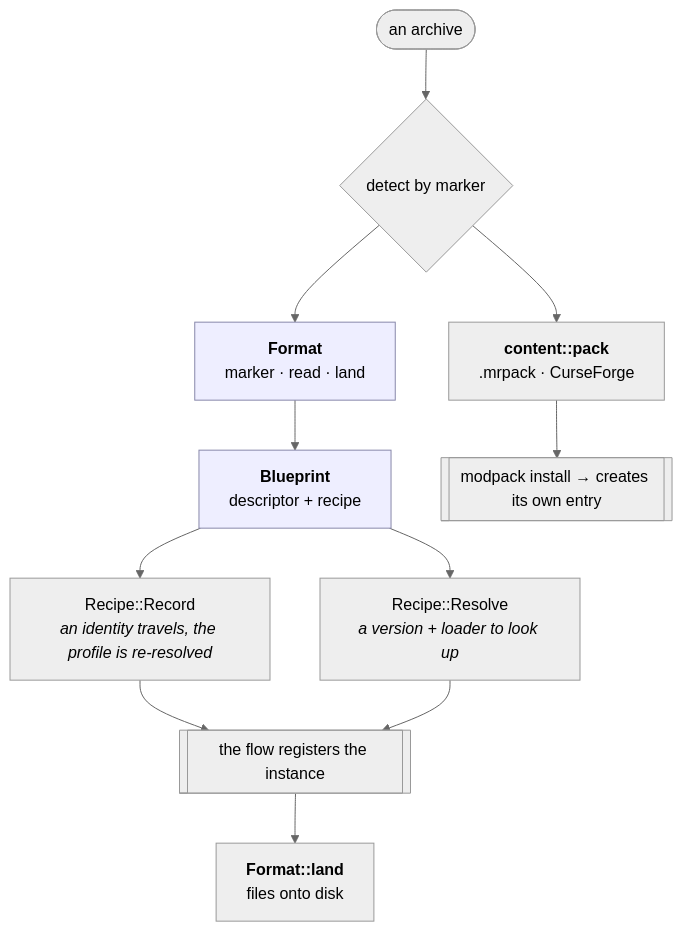
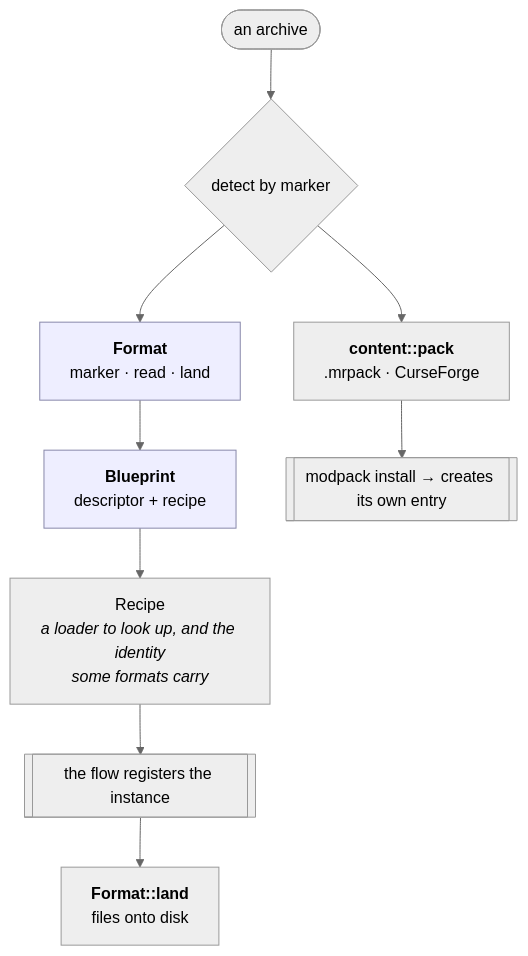
One commit to prytaneum/hestia changed the diagram in docs/architecture/transfer.md. Above: the diagram before and after it, drawn with Mermaid (neutral theme). The commit also changed other lines of this file and 6 other files, not shown here.

Commit message:
refactor(transfer): fold the record recipe into resolve

````diff
--- a/docs/architecture/transfer.md
+++ b/docs/architecture/transfer.md
@@ -43,16 +43,14 @@
 ```mermaid
 flowchart TD
     FILE([an archive]) --> DETECT{detect by marker}
     DETECT --> FMT["<b>Format</b><br/>marker · read · land"]
     DETECT --> PACK["<b>content::pack</b><br/>.mrpack · CurseForge"]
     FMT --> BP["<b>Blueprint</b><br/>descriptor + recipe"]
-    BP --> R1["Recipe::Record<br/><i>an identity travels, the profile is re-resolved</i>"]
-    BP --> R2["Recipe::Resolve<br/><i>a version + loader to look up</i>"]
-    R1 --> CREATE[["the flow registers the instance"]]
-    R2 --> CREATE
+    BP --> RR["Recipe<br/><i>a loader to look up, and the identity<br/>some formats carry</i>"]
+    RR --> CREATE[["the flow registers the instance"]]
     PACK --> MODPACK[["modpack install → creates its own entry"]]
     CREATE --> LAND["<b>Format::land</b><br/>files onto disk"]
 
     classDef seam fill:#eef,stroke:#88a
     class FMT,BP seam
 ```
````
